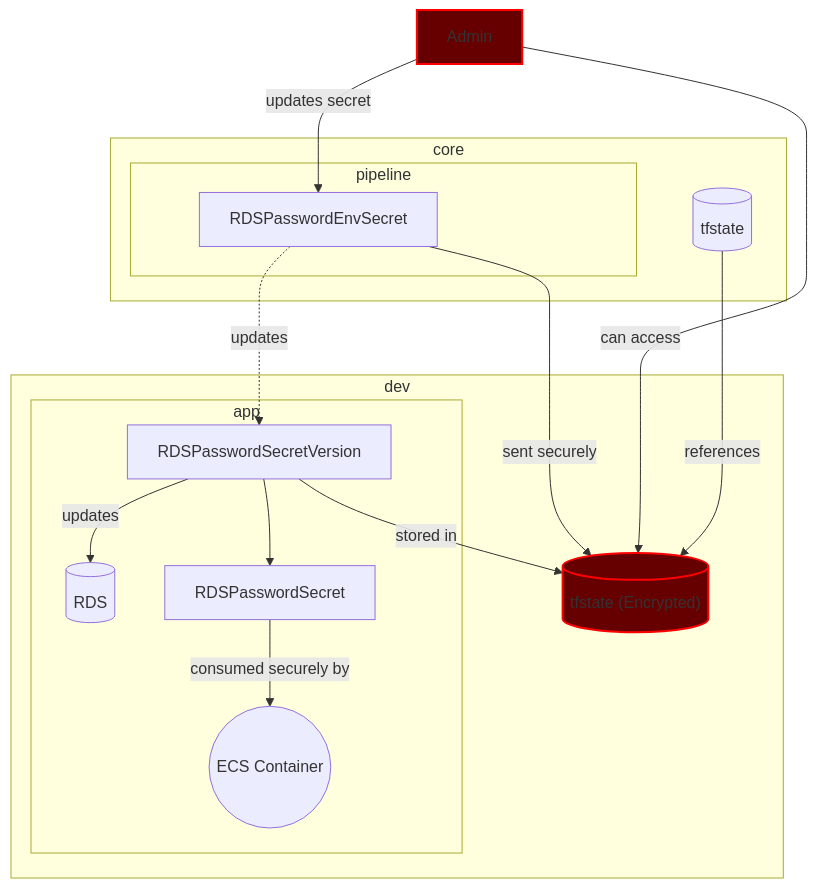
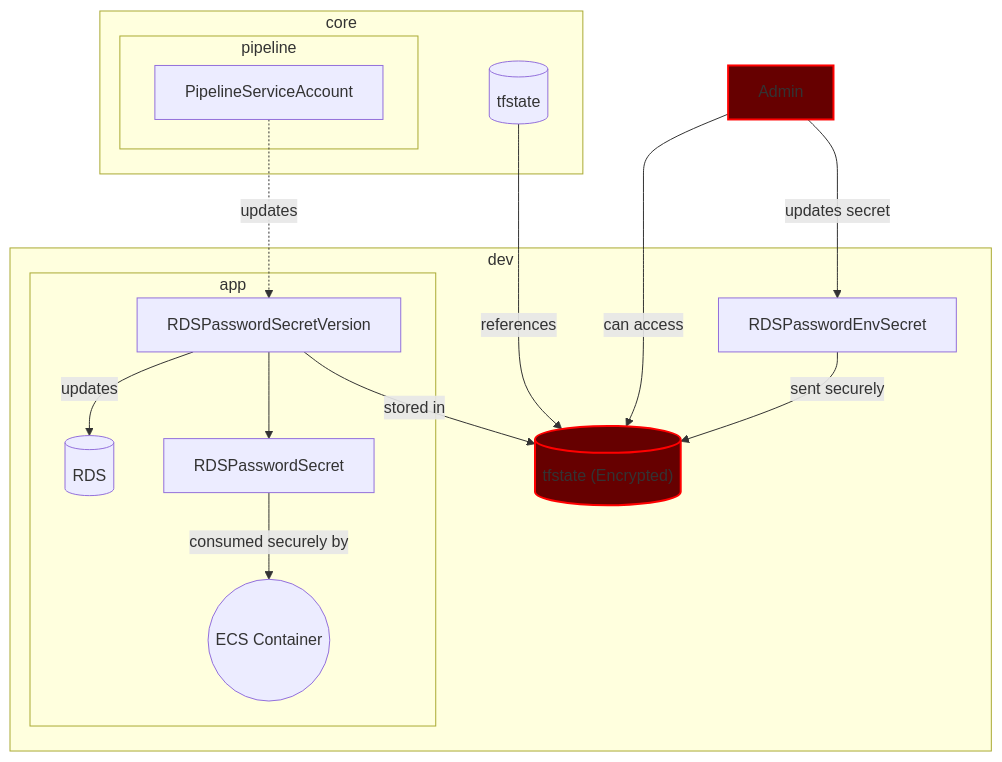
One commit to dukeofgaming/ipfs-metadata changed the diagram in docs/adrs/9 - Database  Pasword Security.md. Above: the diagram before and after it, drawn with Mermaid.

Commit message:
Correction to diagram

````diff
--- a/docs/adrs/9 - Database  Pasword Security.md
+++ b/docs/adrs/9 - Database  Pasword Security.md
@@ -16,41 +16,41 @@
 ```mermaid
-graph 
+graph
     subgraph "core"
         CoreTerraformState[("tfstate")]
         subgraph "pipeline"
-            RDSPasswordEnvSecret
+            PipelineServiceAccount
         end
     end
 
 
     subgraph "dev"
         
         EncryptedState[("tfstate (Encrypted)")]
         subgraph "app"
 
             RDS[("RDS ")]    
 
             RDSPasswordSecret
             RDSPasswordSecretVersion --> RDSPasswordSecret
             ECS(("ECS Container"))
             
         end
 
         RDSPasswordSecretVersion -- stored in --> EncryptedState
         RDSPasswordSecretVersion-- updates --> RDS
         RDSPasswordSecret -- consumed securely by --> ECS
 
         RDSPasswordEnvSecret -- sent securely --> EncryptedState
-        RDSPasswordEnvSecret -. updates .-> RDSPasswordSecretVersion
+        PipelineServiceAccount -. updates .-> RDSPasswordSecretVersion
 
         style EncryptedState stroke:#f00, stroke-width:2px, fill:#600
         style Admin stroke:#f00, stroke-width:2px, fill:#600
 
     end
 
     Admin -- updates secret --> RDSPasswordEnvSecret
     Admin -- can access --> EncryptedState
     CoreTerraformState -- references --> EncryptedState
 
 
 ```
````
